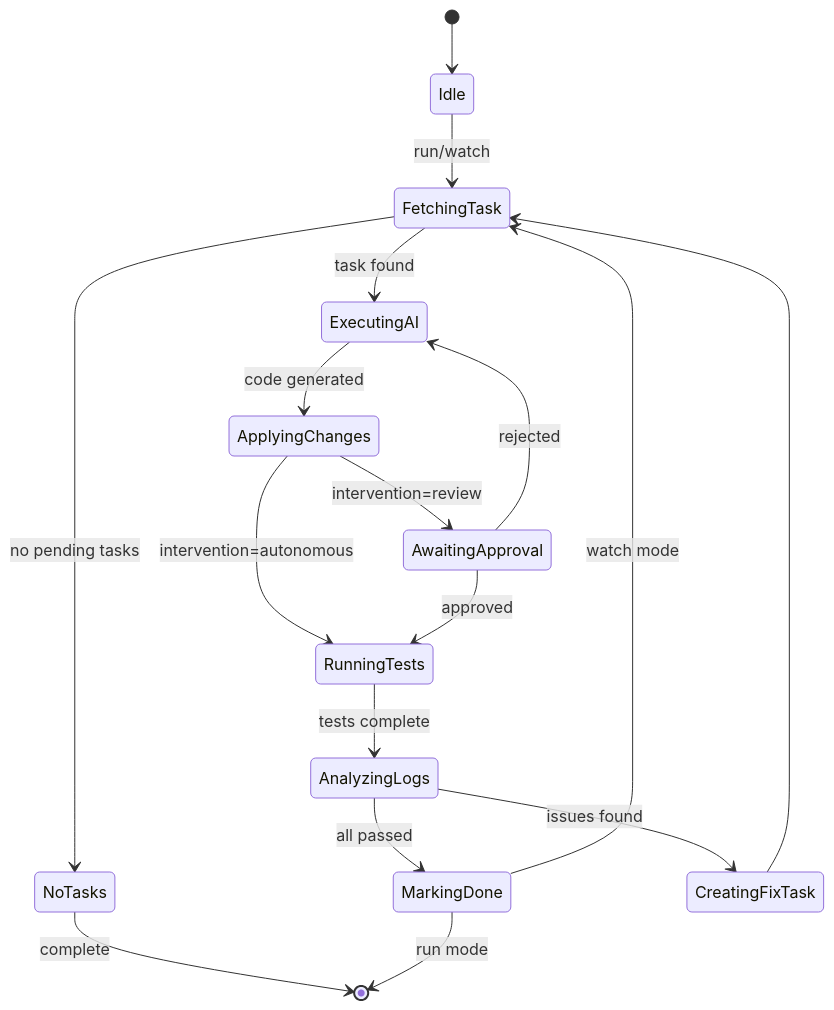
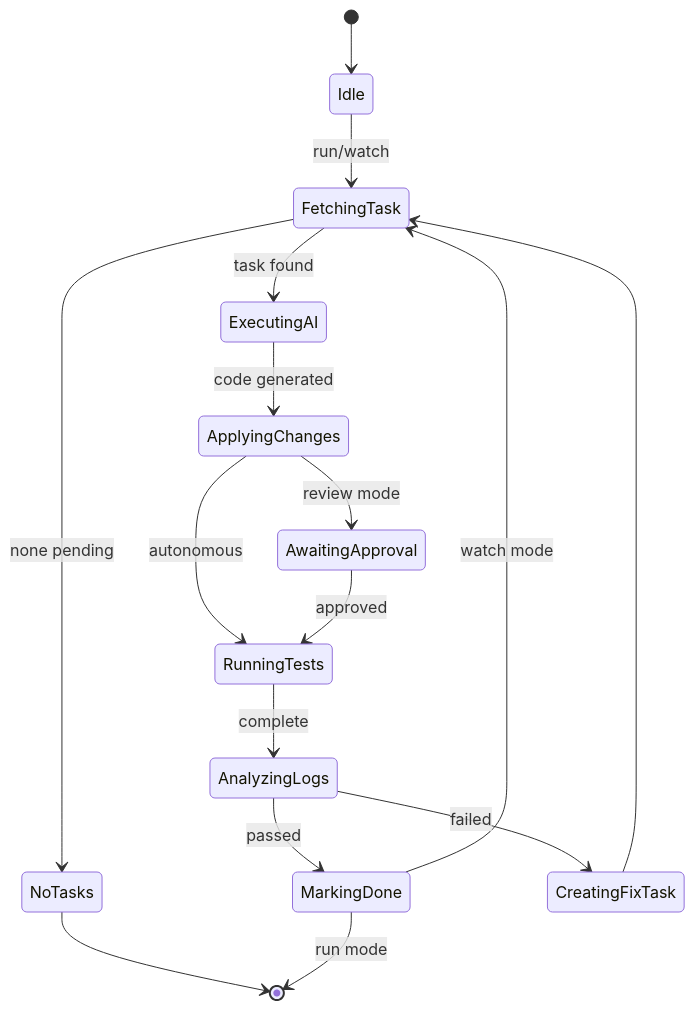
Before and after one commit to jienckebd/dev-loop: the fourth of 4 diagrams in README.md, drawn with Mermaid. The commit also changed other lines of this file, not shown here.

````diff
--- a/README.md
+++ b/README.md
@@ -351,19 +204,18 @@
 ```mermaid
 stateDiagram-v2
     [*] --> Idle
     Idle --> FetchingTask: run/watch
-    FetchingTask --> NoTasks: no pending tasks
+    FetchingTask --> NoTasks: none pending
     FetchingTask --> ExecutingAI: task found
-    NoTasks --> [*]: complete
+    NoTasks --> [*]
     ExecutingAI --> ApplyingChanges: code generated
-    ApplyingChanges --> AwaitingApproval: intervention=review
-    ApplyingChanges --> RunningTests: intervention=autonomous
+    ApplyingChanges --> RunningTests: autonomous
+    ApplyingChanges --> AwaitingApproval: review mode
     AwaitingApproval --> RunningTests: approved
-    AwaitingApproval --> ExecutingAI: rejected
-    RunningTests --> AnalyzingLogs: tests complete
-    AnalyzingLogs --> MarkingDone: all passed
-    AnalyzingLogs --> CreatingFixTask: issues found
+    RunningTests --> AnalyzingLogs: complete
+    AnalyzingLogs --> MarkingDone: passed
+    AnalyzingLogs --> CreatingFixTask: failed
     MarkingDone --> FetchingTask: watch mode
     MarkingDone --> [*]: run mode
     CreatingFixTask --> FetchingTask
 ```
````
